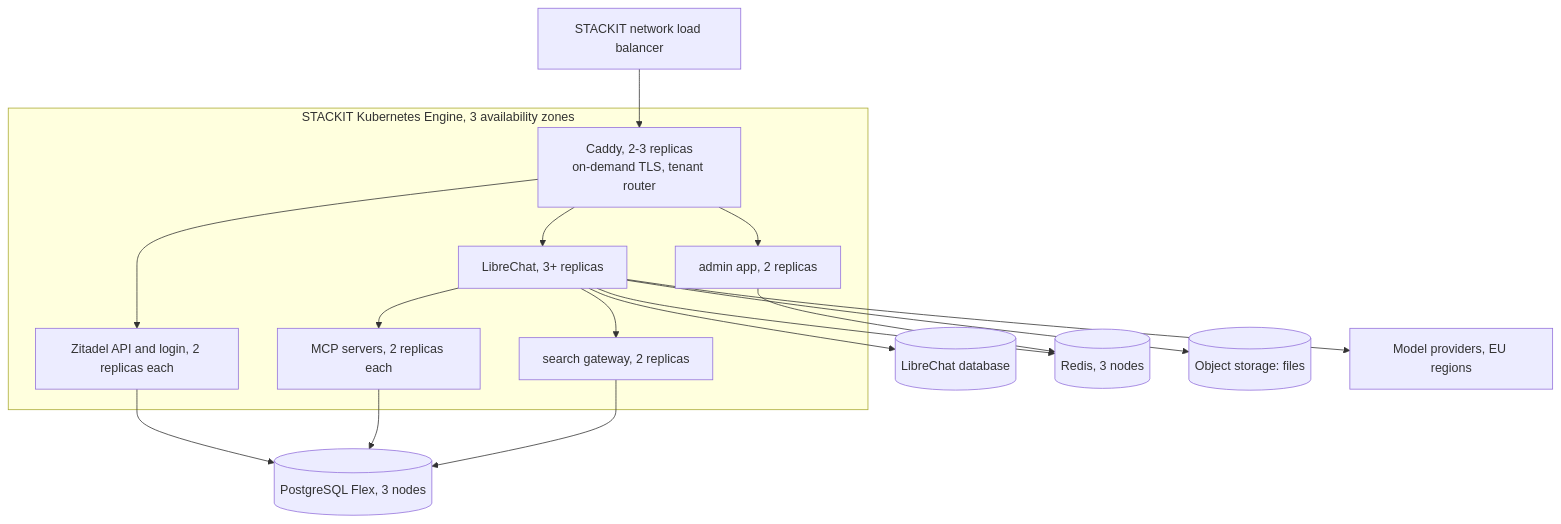
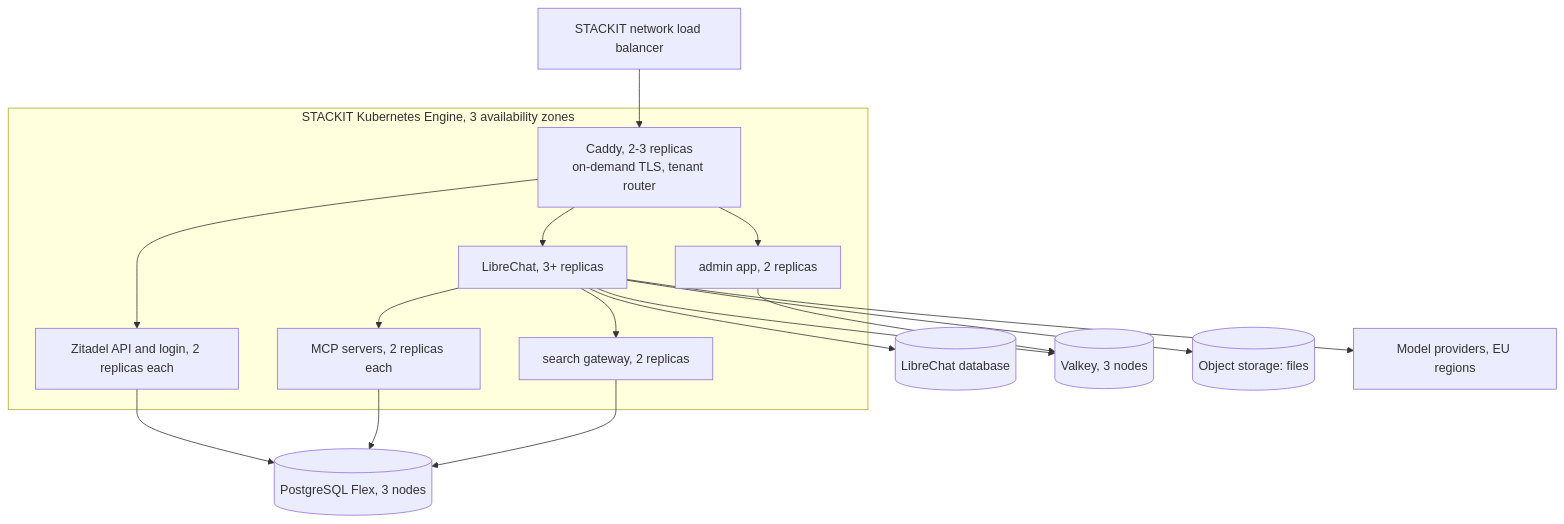
The fourth of 4 diagrams in docs/platform/architecture.md (anno-systems/LibreChat), drawn with Mermaid before and after one commit. The commit also changed other lines of this file, not shown here.

First line of the commit message:
docs(platform): code interpreter, Valkey, current MCP servers (#29)

````diff
--- a/docs/platform/architecture.md
+++ b/docs/platform/architecture.md
@@ -587,19 +622,19 @@
 ```mermaid
 flowchart TB
   LB[STACKIT network load balancer] --> C[Caddy, 2-3 replicas<br/>on-demand TLS, tenant router]
   subgraph SKE["STACKIT Kubernetes Engine, 3 availability zones"]
     C --> LC[LibreChat, 3+ replicas]
     C --> AA[admin app, 2 replicas]
     C --> ZI[Zitadel API and login, 2 replicas each]
     LC --> MCP[MCP servers, 2 replicas each]
     LC --> SG[search gateway, 2 replicas]
   end
   LC --> DB[(LibreChat database)]
-  LC --> R[(Redis, 3 nodes)]
+  LC --> R[(Valkey, 3 nodes)]
   AA --> R
   ZI --> PG[(PostgreSQL Flex, 3 nodes)]
   MCP --> PG
   SG --> PG
   LC --> S3[(Object storage: files)]
   LC --> LLM[Model providers, EU regions]
 ```
````
